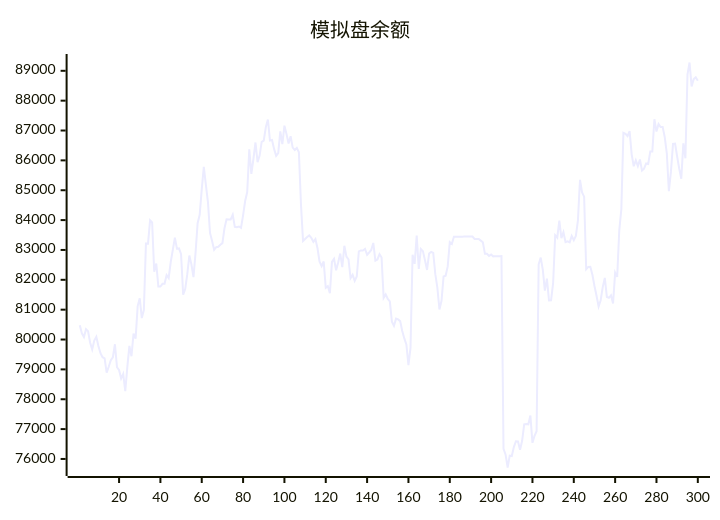
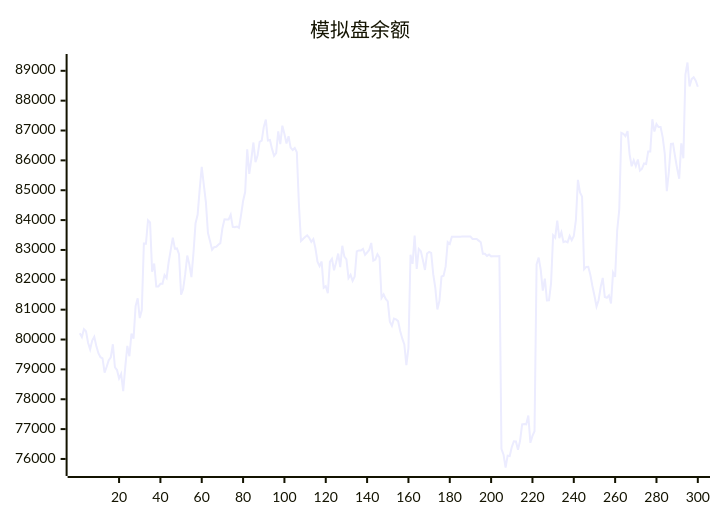
One commit to aahl/ai-trading changed the diagram in README.md. Above: the diagram before and after it, drawn with Mermaid. The commit also changed other lines of this file and 1 other file, not shown here.

````diff
--- a/README.md
+++ b/README.md
@@ -5,5 +5,5 @@
 ```mermaid
 xychart
     title "模拟盘余额"
-    line [80477,80208,80081,80348,80277,79894,79670,79965,80093,79786,79542,79406,79371,78893,79087,79304,79406,79841,79072,78978,78696,78846,78272,79085,79787,79442,80198,80031,81120,81379,80718,80985,83214,83212,83993,83921,82270,82547,81776,81776,81866,81866,82158,82061,82596,83000,83408,83041,83050,82858,81503,81691,82188,82812,82517,82092,82901,83898,84180,85030,85781,85178,84604,83569,83298,83008,83093,83107,83175,83228,83729,84025,84017,84019,84177,83775,83762,83785,83738,84160,84639,84939,86370,85548,86046,86599,85942,86161,86622,86664,87115,87369,86666,86685,86384,86152,86243,86969,86548,87164,86885,86566,86809,86427,86348,86417,86273,84538,83299,83369,83430,83490,83404,83270,83362,83056,82605,82459,82614,81734,81788,81551,82598,82702,82320,82580,82878,82426,83139,82778,82686,82056,82166,81963,82110,82951,82983,82984,83038,82838,82915,82998,83235,82642,82682,82858,82746,81396,81512,81362,81277,80600,80461,80699,80673,80616,80288,80038,79836,79142,79722,82837,82533,83480,82366,83032,82960,82654,82330,82883,82934,82901,82188,81728,81005,81298,82110,82135,82449,83264,83203,83440,83439,83440,83440,83446,83447,83448,83447,83448,83449,83369,83369,83369,83313,83256,82872,82873,82801,82844,82785,82791,82791,82793,82794,76339,76145,75714,76110,76096,76397,76594,76585,76310,76607,77160,77170,77160,77456,76541,76774,76927,82520,82744,82337,81639,82040,81307,81314,81887,83490,83414,83984,83396,83594,83261,83287,83253,83470,83327,83465,83987,85348,84930,84786,82355,82433,82438,82167,81795,81466,81105,81315,81756,82064,81426,81398,81481,81210,82242,82099,83658,84359,86925,86892,86814,86980,86203,85802,86003,85811,86028,85657,85721,85896,85880,86300,86299,87378,86965,87214,87115,87118,86780,86238,84966,85623,86555,86562,86129,85722,85387,86569,86070,88870,89278,88477,88720,88781,88668]
+    line [80208,80081,80348,80277,79894,79670,79965,80093,79786,79542,79406,79371,78893,79087,79304,79406,79841,79072,78978,78696,78846,78272,79085,79787,79442,80198,80031,81120,81379,80718,80985,83214,83212,83993,83921,82270,82547,81776,81776,81866,81866,82158,82061,82596,83000,83408,83041,83050,82858,81503,81691,82188,82812,82517,82092,82901,83898,84180,85030,85781,85178,84604,83569,83298,83008,83093,83107,83175,83228,83729,84025,84017,84019,84177,83775,83762,83785,83738,84160,84639,84939,86370,85548,86046,86599,85942,86161,86622,86664,87115,87369,86666,86685,86384,86152,86243,86969,86548,87164,86885,86566,86809,86427,86348,86417,86273,84538,83299,83369,83430,83490,83404,83270,83362,83056,82605,82459,82614,81734,81788,81551,82598,82702,82320,82580,82878,82426,83139,82778,82686,82056,82166,81963,82110,82951,82983,82984,83038,82838,82915,82998,83235,82642,82682,82858,82746,81396,81512,81362,81277,80600,80461,80699,80673,80616,80288,80038,79836,79142,79722,82837,82533,83480,82366,83032,82960,82654,82330,82883,82934,82901,82188,81728,81005,81298,82110,82135,82449,83264,83203,83440,83439,83440,83440,83446,83447,83448,83447,83448,83449,83369,83369,83369,83313,83256,82872,82873,82801,82844,82785,82791,82791,82793,82794,76339,76145,75714,76110,76096,76397,76594,76585,76310,76607,77160,77170,77160,77456,76541,76774,76927,82520,82744,82337,81639,82040,81307,81314,81887,83490,83414,83984,83396,83594,83261,83287,83253,83470,83327,83465,83987,85348,84930,84786,82355,82433,82438,82167,81795,81466,81105,81315,81756,82064,81426,81398,81481,81210,82242,82099,83658,84359,86925,86892,86814,86980,86203,85802,86003,85811,86028,85657,85721,85896,85880,86300,86299,87378,86965,87214,87115,87118,86780,86238,84966,85623,86555,86562,86129,85722,85387,86569,86070,88870,89278,88477,88720,88781,88668,88467]
 ```
````
